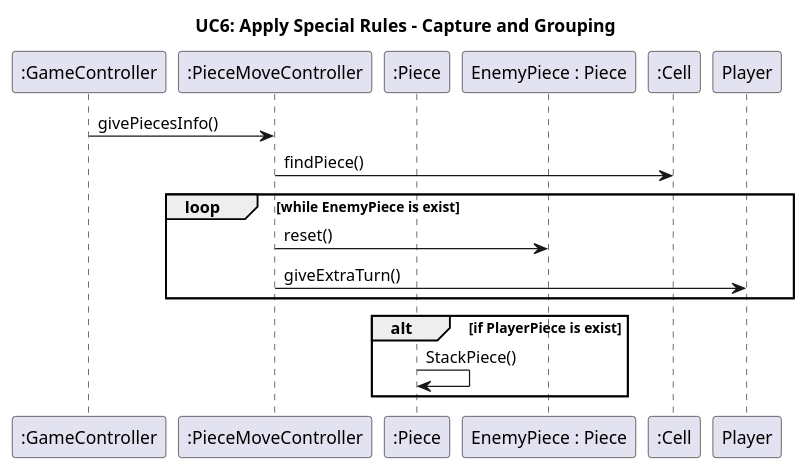
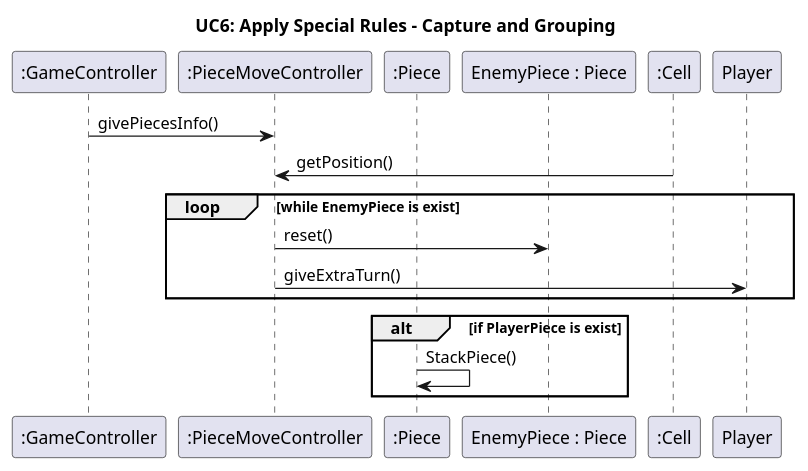
The diagram in UC6.puml (jack0928/SE-Term-Project-2025), drawn with PlantUML before and after one commit.

Commit message:
docs: UC6 수정, 참조 방향 수정

```diff
--- a/UC6.puml
+++ b/UC6.puml
@@ -1,24 +1,25 @@
 @startuml
 title UC6: Apply Special Rules - Capture and Grouping
 
 participant ":GameController" as GameController
 participant ":PieceMoveController" as PieceMoveController
 participant ":Piece" as Piece
 participant "EnemyPiece : Piece" as EnemyPiece
 participant ":Cell" as Cell
 
+
 	GameController -> PieceMoveController: givePiecesInfo()
-	PieceMoveController -> Cell : findPiece()
+	PieceMoveController <- Cell : getPosition()
 
 	loop while EnemyPiece is exist
 		PieceMoveController -> EnemyPiece : reset()
 		PieceMoveController -> Player : giveExtraTurn()
 	end
 
 	alt if PlayerPiece is exist
     	Piece -> Piece : StackPiece()
     end
 
 
 
 @enduml
```
